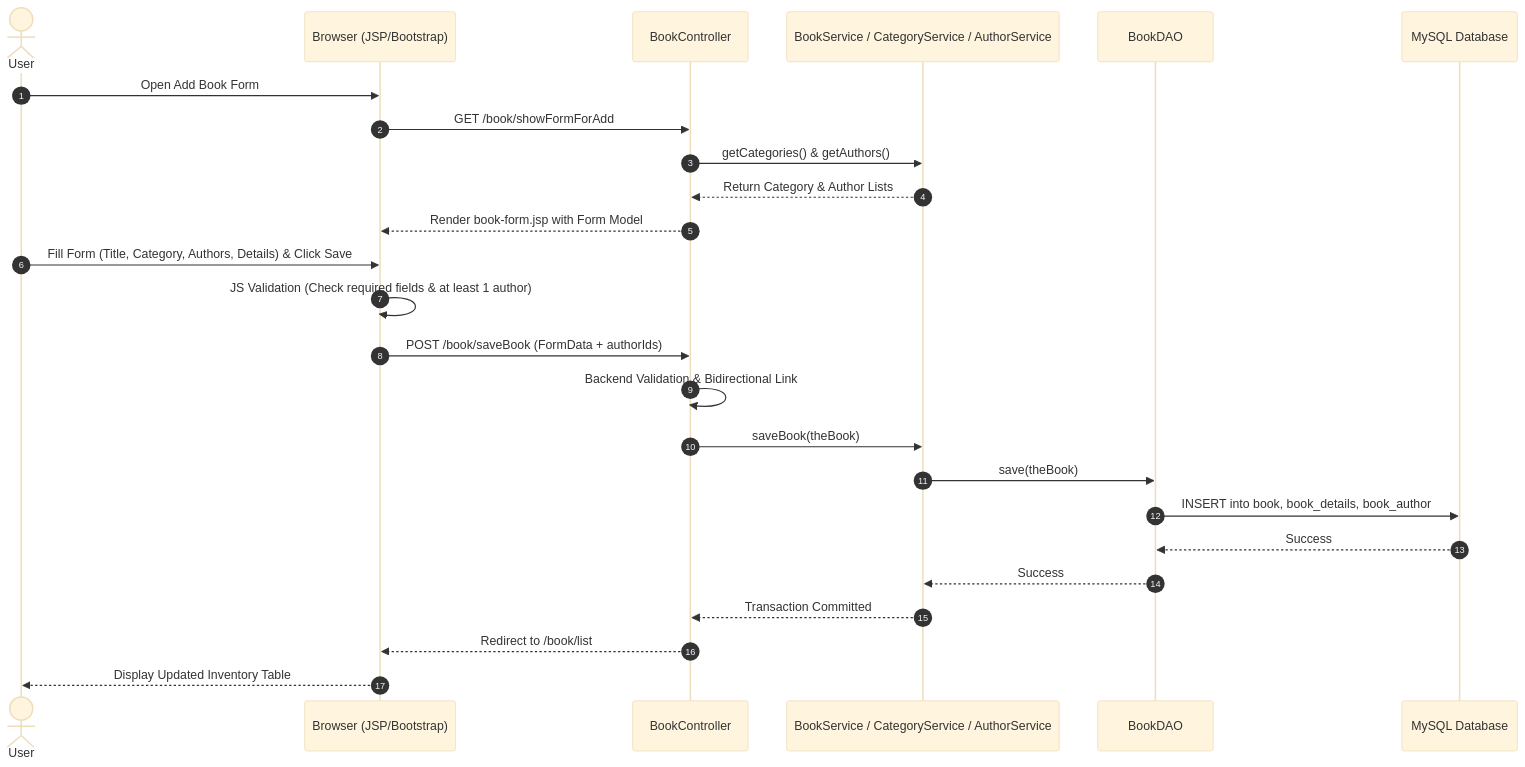
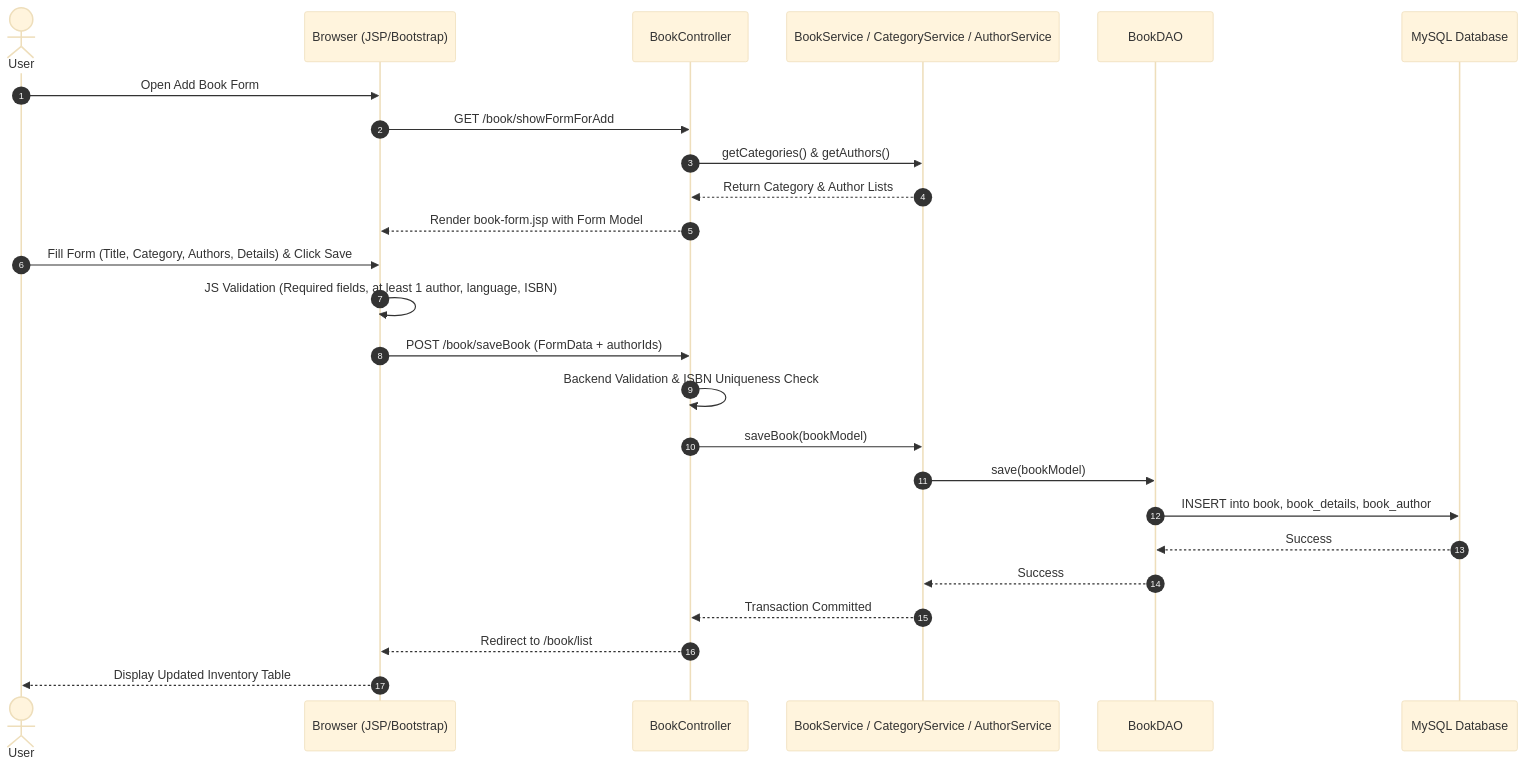
The second of 3 diagrams in README.md (omar-abdullah-dev/amazon-book-store), drawn with Mermaid (base theme) before and after one commit. The commit also changed other lines of this file and 5 other files, not shown here.

Commit message:
Add AppConstants, enhance ISBN format regex, and enforce realtime author validation

````diff
--- a/README.md
+++ b/README.md
@@ -158,29 +168,29 @@
 ```mermaid
 sequenceDiagram
     autonumber
     actor User
     participant Browser as Browser (JSP/Bootstrap)
     participant Controller as BookController
     participant Service as BookService / CategoryService / AuthorService
     participant DAO as BookDAO
     participant DB as MySQL Database
 
     User->>Browser: Open Add Book Form
     Browser->>Controller: GET /book/showFormForAdd
     Controller->>Service: getCategories() & getAuthors()
     Service-->>Controller: Return Category & Author Lists
     Controller-->>Browser: Render book-form.jsp with Form Model
 
     User->>Browser: Fill Form (Title, Category, Authors, Details) & Click Save
-    Browser->>Browser: JS Validation (Check required fields & at least 1 author)
+    Browser->>Browser: JS Validation (Required fields, at least 1 author, language, ISBN)
     Browser->>Controller: POST /book/saveBook (FormData + authorIds)
-    Controller->>Controller: Backend Validation & Bidirectional Link
-    Controller->>Service: saveBook(theBook)
-    Service->>DAO: save(theBook)
+    Controller->>Controller: Backend Validation & ISBN Uniqueness Check
+    Controller->>Service: saveBook(bookModel)
+    Service->>DAO: save(bookModel)
     DAO->>DB: INSERT into book, book_details, book_author
     DB-->>DAO: Success
     DAO-->>Service: Success
     Service-->>Controller: Transaction Committed
     Controller-->>Browser: Redirect to /book/list
     Browser-->>User: Display Updated Inventory Table
 ```
````
